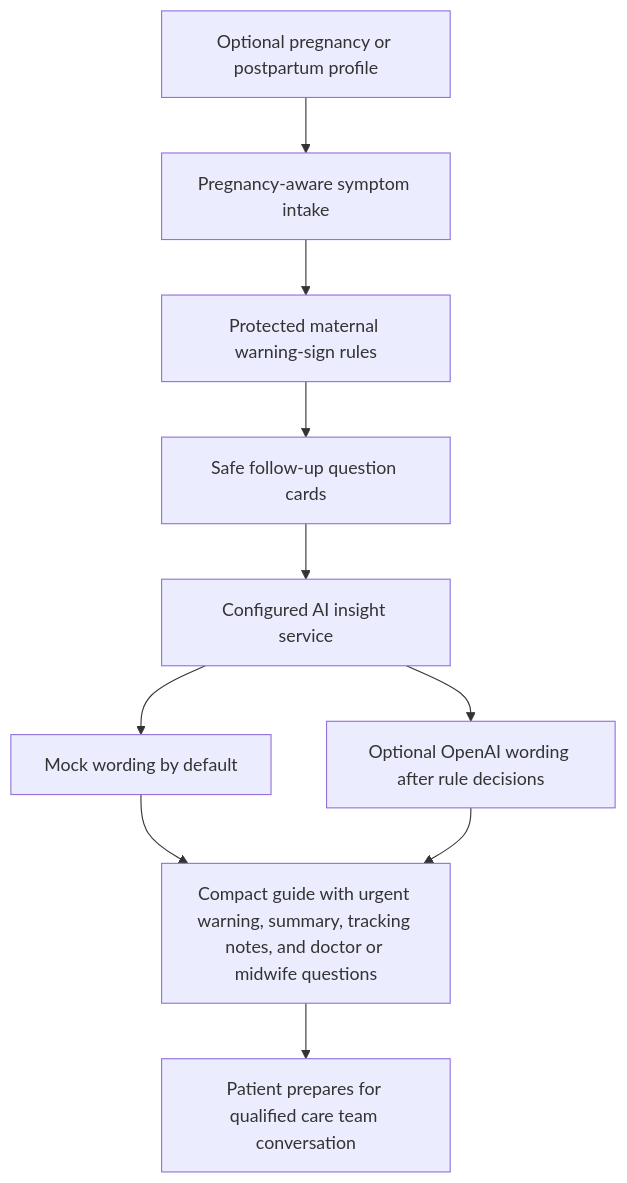
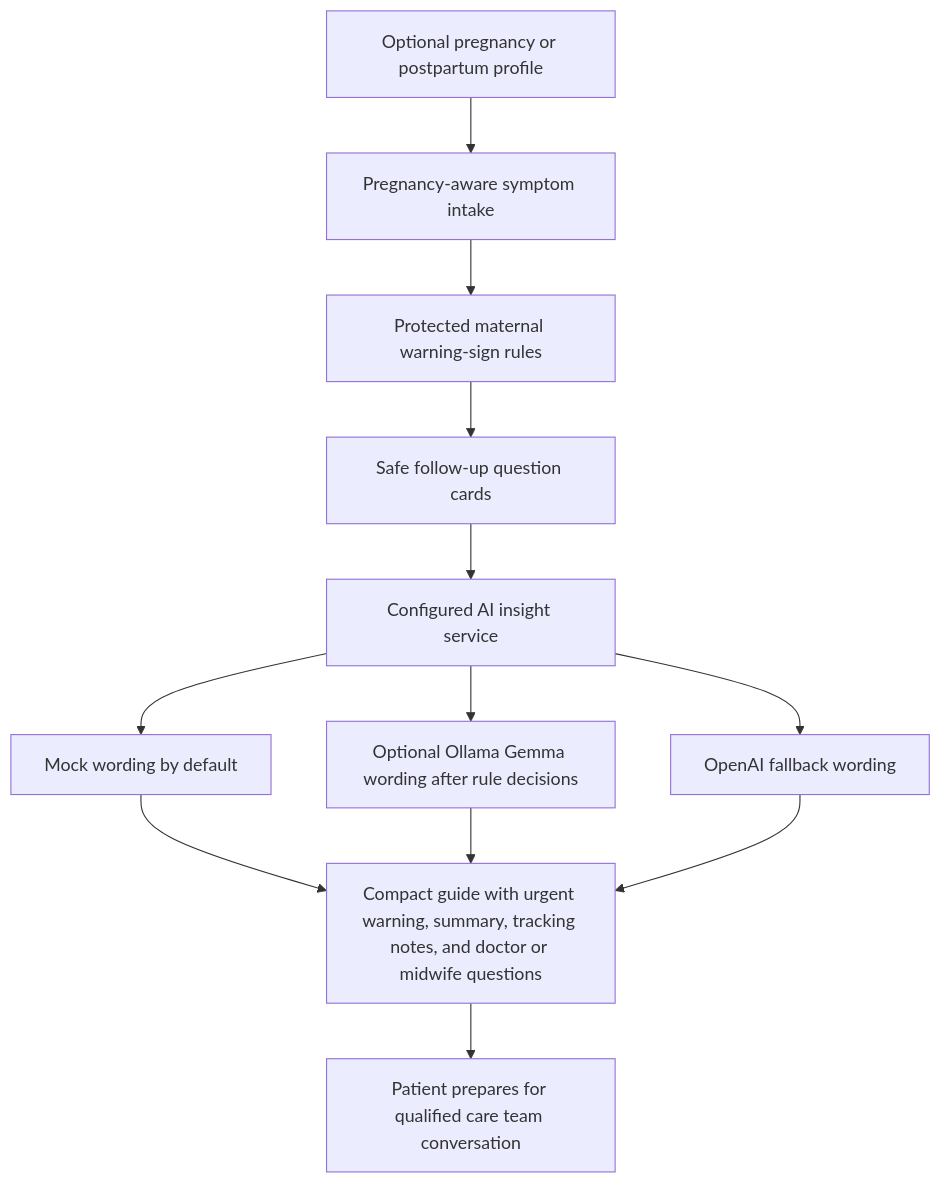
One commit to VAMSIBALAKIRANPOLISETTY/PMS_PROJECT changed the third of 3 diagrams in docs/architecture.md. Above: the diagram before and after it, drawn with Mermaid. The commit also changed other lines of this file and 28 other files, not shown here.

````diff
--- a/docs/architecture.md
+++ b/docs/architecture.md
@@ -52,12 +79,14 @@
 ```mermaid
 flowchart TD
   A["Optional pregnancy or postpartum profile"] --> B["Pregnancy-aware symptom intake"]
   B --> C["Protected maternal warning-sign rules"]
   C --> D["Safe follow-up question cards"]
   D --> E["Configured AI insight service"]
   E --> F["Mock wording by default"]
-  E --> G["Optional OpenAI wording after rule decisions"]
-  F --> H["Compact guide with urgent warning, summary, tracking notes, and doctor or midwife questions"]
-  G --> H
-  H --> I["Patient prepares for qualified care team conversation"]
+  E --> G["Optional Ollama Gemma wording after rule decisions"]
+  E --> H["OpenAI fallback wording"]
+  F --> I["Compact guide with urgent warning, summary, tracking notes, and doctor or midwife questions"]
+  G --> I
+  H --> I
+  I --> J["Patient prepares for qualified care team conversation"]
 ```
````
